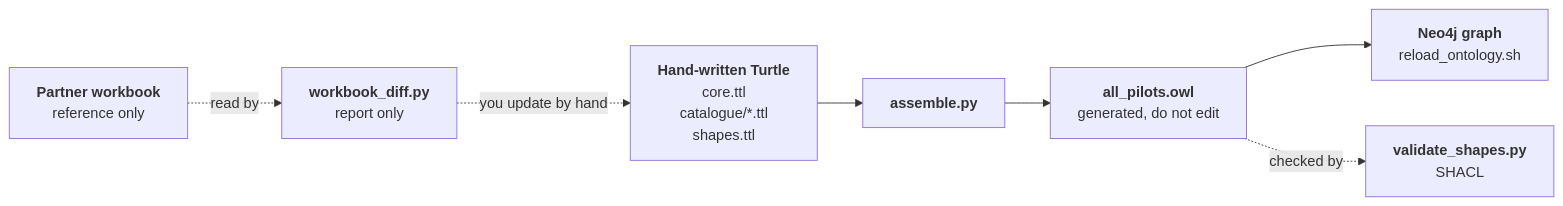
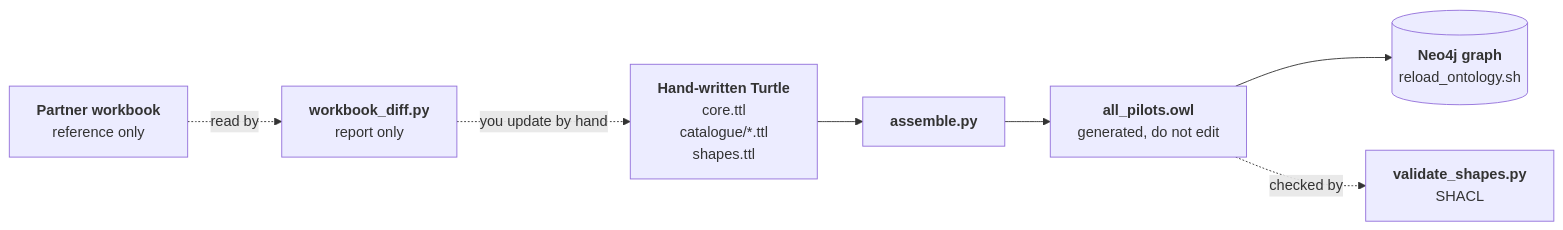
One commit to EnergyGuardProject/semantic-ontology changed the third of 3 diagrams in docs/ontology-guide.md. Above: the diagram before and after it, drawn with Mermaid. The commit also changed other lines of this file and 2 other files, not shown here.

First line of the commit message:
Rewrite the ontology guide for newcomers

````diff
--- a/docs/ontology-guide.md
+++ b/docs/ontology-guide.md
@@ -273,9 +354,9 @@
 ```mermaid
 flowchart LR
     SRC["<b>Hand-written Turtle</b><br/>core.ttl<br/>catalogue/*.ttl<br/>shapes.ttl"] --> ASM["<b>assemble.py</b>"]
     ASM --> OWL["<b>all_pilots.owl</b><br/>generated, do not edit"]
-    OWL --> NEO["<b>Neo4j graph</b><br/>reload_ontology.sh"]
+    OWL --> NEO[("<b>Neo4j graph</b><br/>reload_ontology.sh")]
     OWL -.->|checked by| VAL["<b>validate_shapes.py</b><br/>SHACL"]
     WB["<b>Partner workbook</b><br/>reference only"] -.->|read by| DIFF["<b>workbook_diff.py</b><br/>report only"]
     DIFF -.->|you update by hand| SRC
 ```
````
